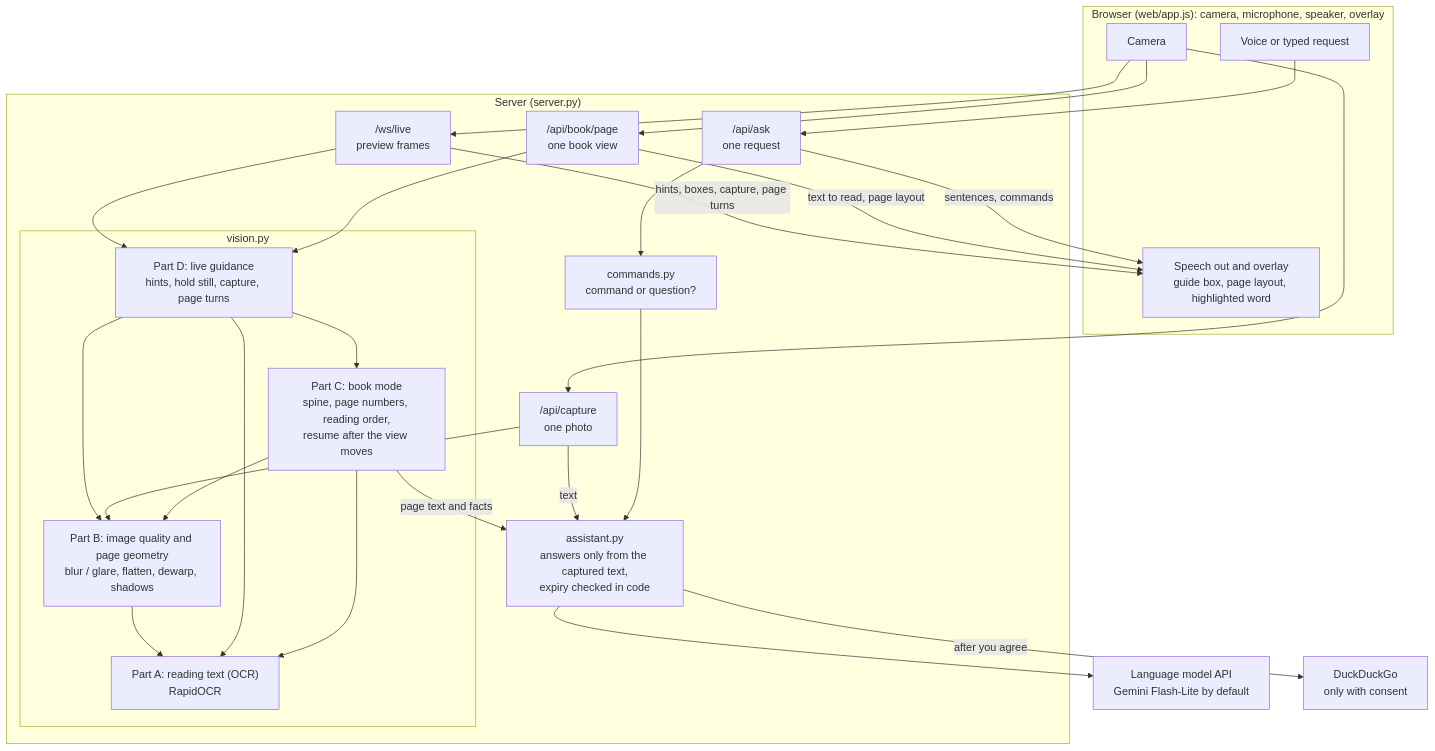
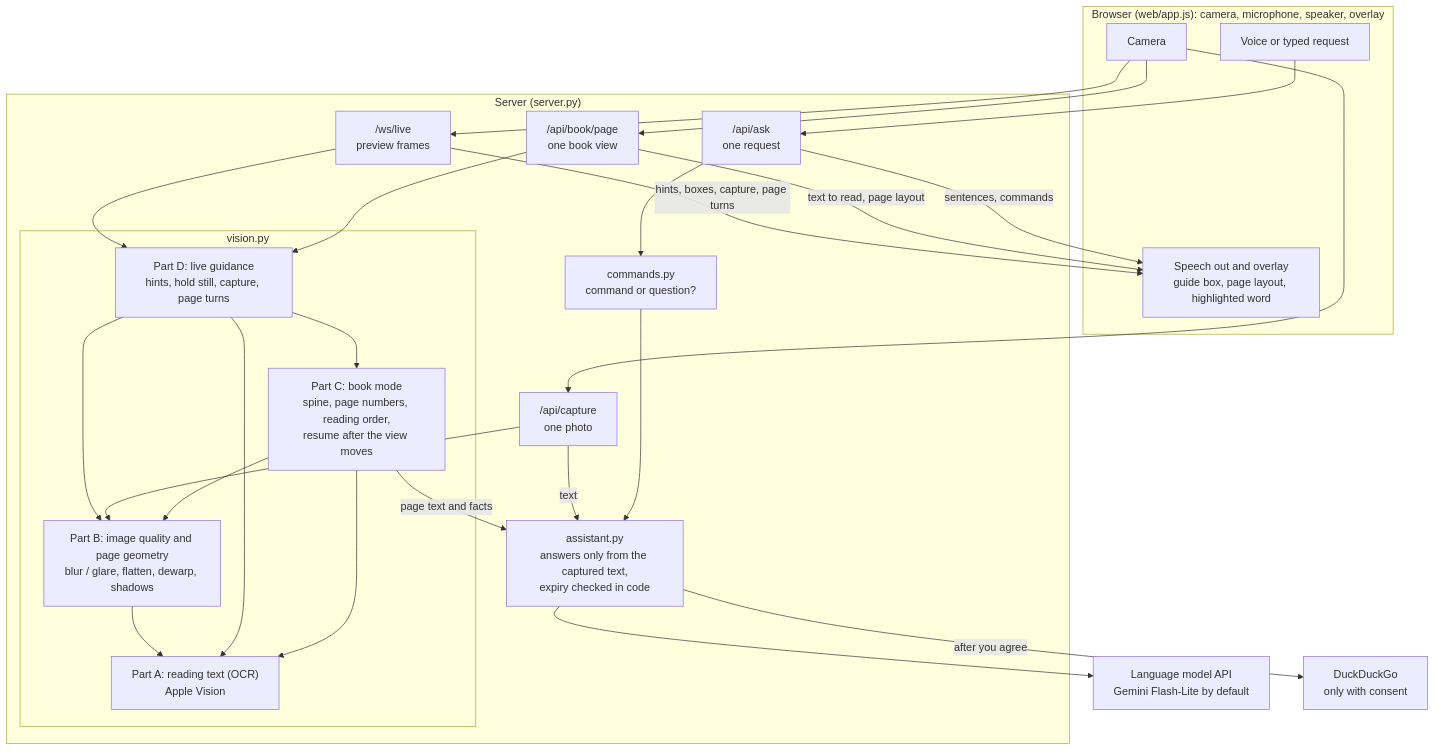
The first of 2 diagrams in README.md (neerajprao/Helping_Eyes-main), drawn with Mermaid before and after one commit. The commit also changed other lines of this file and 15 other files, not shown here.

Commit message:
changed back to apple vision ocr

````diff
--- a/README.md
+++ b/README.md
@@ -77,53 +77,53 @@
 ```mermaid
 flowchart TB
     subgraph BR["Browser (web/app.js): camera, microphone, speaker, overlay"]
         CAM[Camera]
         MIC[Voice or typed request]
         OUT[Speech out and overlay<br/>guide box, page layout, highlighted word]
     end
 
     subgraph SV["Server (server.py)"]
         WS["/ws/live<br/>preview frames"]
         CAP["/api/capture<br/>one photo"]
         BK["/api/book/page<br/>one book view"]
         ASK["/api/ask<br/>one request"]
         CMD["commands.py<br/>command or question?"]
 
         subgraph VIS["vision.py"]
             LIVE["Part D: live guidance<br/>hints, hold still, capture, page turns"]
             BOOKM["Part C: book mode<br/>spine, page numbers, reading order,<br/>resume after the view moves"]
             QUAL["Part B: image quality and page geometry<br/>blur / glare, flatten, dewarp, shadows"]
-            OCRP["Part A: reading text (OCR)<br/>RapidOCR"]
+            OCRP["Part A: reading text (OCR)<br/>Apple Vision"]
         end
 
         DA["assistant.py<br/>answers only from the captured text,<br/>expiry checked in code"]
     end
 
     LLM[Language model API<br/>Gemini Flash-Lite by default]
     WEB[DuckDuckGo<br/>only with consent]
 
     CAM --> WS
     CAM --> CAP
     CAM --> BK
     MIC --> ASK
 
     WS --> LIVE
     BK --> LIVE
     LIVE --> BOOKM
     LIVE --> QUAL
     CAP --> QUAL
     BOOKM --> QUAL
     QUAL --> OCRP
     LIVE --> OCRP
     BOOKM --> OCRP
     BOOKM -- page text and facts --> DA
     CAP -- text --> DA
     ASK --> CMD
     CMD --> DA
     DA --> LLM
     DA -- after you agree --> WEB
 
     WS -- hints, boxes, capture, page turns --> OUT
     BK -- text to read, page layout --> OUT
     ASK -- sentences, commands --> OUT
 ```
````
